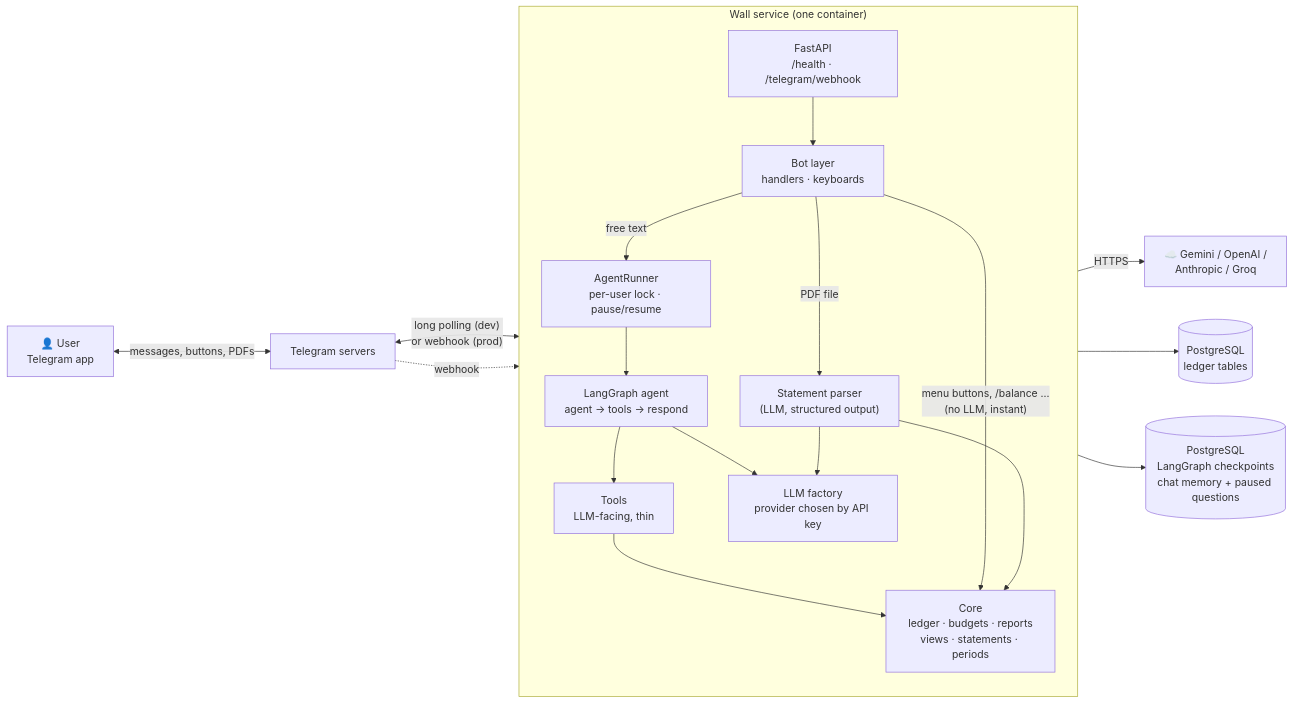
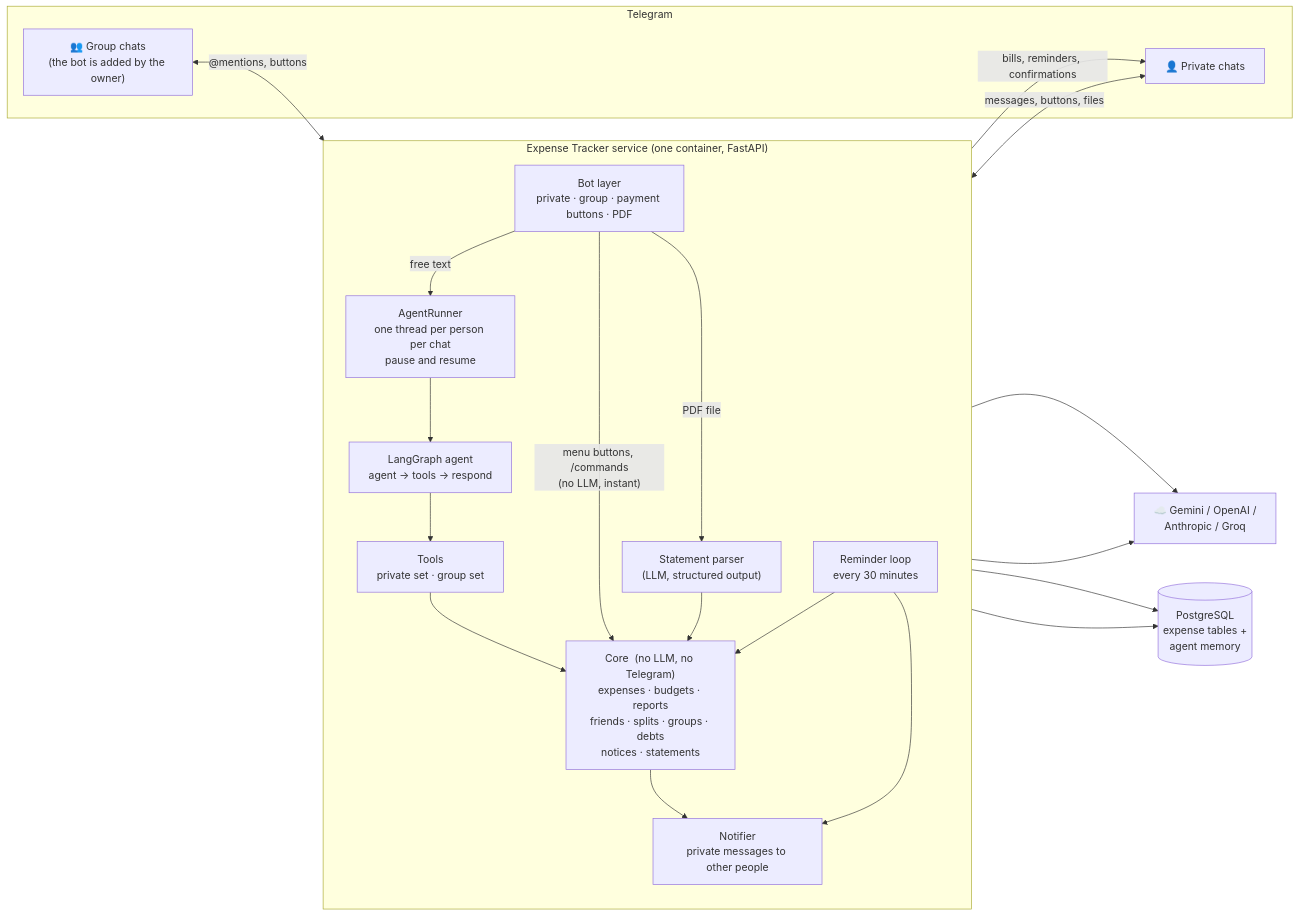
The first of 5 diagrams in docs/ARCHITECTURE.md (yeturu-surya-fission/Expense_Tracker), drawn with Mermaid before and after one commit. The commit also changed other lines of this file and 3 other files, not shown here.

Commit message:
state diagram added

````diff
--- a/docs/ARCHITECTURE.md
+++ b/docs/ARCHITECTURE.md
@@ -11,29 +12,36 @@
 ```mermaid
 flowchart LR
-    U["👤 User<br/>Telegram app"] <-->|"messages, buttons, PDFs"| TG["Telegram servers"]
-
-    subgraph APP["Wall service  (one container)"]
-        direction TB
-        API["FastAPI<br/>/health · /telegram/webhook"]
-        BOT["Bot layer<br/>handlers · keyboards"]
-        RUN["AgentRunner<br/>per-user lock · pause/resume"]
-        GRAPH["LangGraph agent<br/>agent → tools → respond"]
-        TOOLS["Tools<br/>LLM-facing, thin"]
-        CORE["Core<br/>ledger · budgets · reports<br/>views · statements · periods"]
-        PARSER["Statement parser<br/>(LLM, structured output)"]
-        LLMF["LLM factory<br/>provider chosen by API key"]
+    subgraph TGR["Telegram"]
+        PC["👤 Private chats"]
+        GC["👥 Group chats<br/>(the bot is added by the owner)"]
     end
 
-    TG <-->|"long polling (dev)<br/>or webhook (prod)"| BOT
-    TG -.->|webhook| API
-    API --> BOT
-    BOT -->|"free text"| RUN --> GRAPH --> TOOLS --> CORE
-    BOT -->|"menu buttons, /balance …<br/>(no LLM, instant)"| CORE
+    subgraph SVC["Expense Tracker service  (one container, FastAPI)"]
+        direction TB
+        BOT["Bot layer<br/>private · group · payment buttons · PDF"]
+        RUN["AgentRunner<br/>one thread per person per chat<br/>pause and resume"]
+        AG["LangGraph agent<br/>agent → tools → respond"]
+        TOOLS["Tools<br/>private set  ·  group set"]
+        CORE["Core  (no LLM, no Telegram)<br/>expenses · budgets · reports<br/>friends · splits · groups · debts<br/>notices · statements"]
+        PARSER["Statement parser<br/>(LLM, structured output)"]
+        NOT["Notifier<br/>private messages to other people"]
+        REM["Reminder loop<br/>every 30 minutes"]
+    end
+
+    LLM["☁️ Gemini / OpenAI /<br/>Anthropic / Groq"]
+    DB[("PostgreSQL<br/>expense tables +<br/>agent memory")]
+
+    PC <-->|"messages, buttons, files"| BOT
+    GC <-->|"@mentions, buttons"| BOT
+    BOT -->|"free text"| RUN --> AG --> TOOLS --> CORE
+    BOT -->|"menu buttons, /commands<br/>(no LLM, instant)"| CORE
     BOT -->|"PDF file"| PARSER --> CORE
-    GRAPH --> LLMF
-    PARSER --> LLMF
-    LLMF -->|HTTPS| LLM["☁️ Gemini / OpenAI /<br/>Anthropic / Groq"]
-
-    CORE --> DB[("PostgreSQL<br/>ledger tables")]
-    GRAPH --> CK[("PostgreSQL<br/>LangGraph checkpoints<br/>chat memory + paused questions")]
+    AG --> LLM
+    PARSER --> LLM
+    CORE --> DB
+    AG --> DB
+    CORE --> NOT
+    NOT -->|"bills, reminders, confirmations"| PC
+    REM --> CORE
+    REM --> NOT
 ```
````
